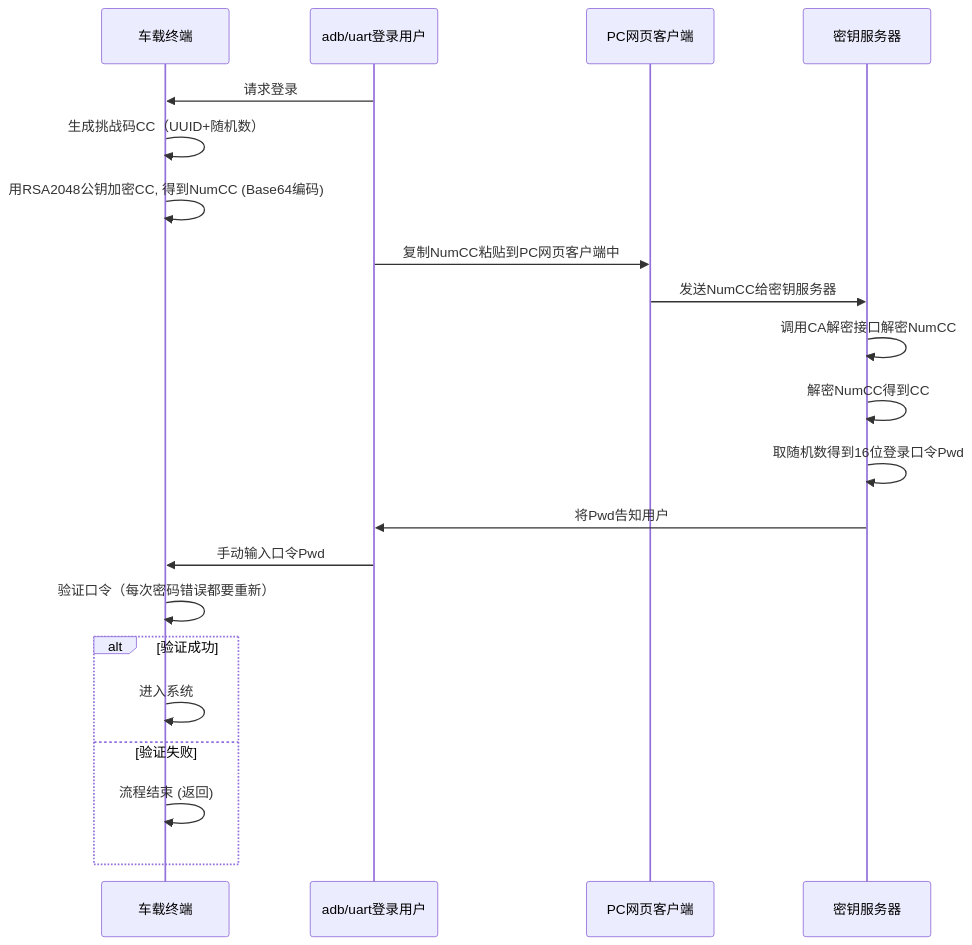
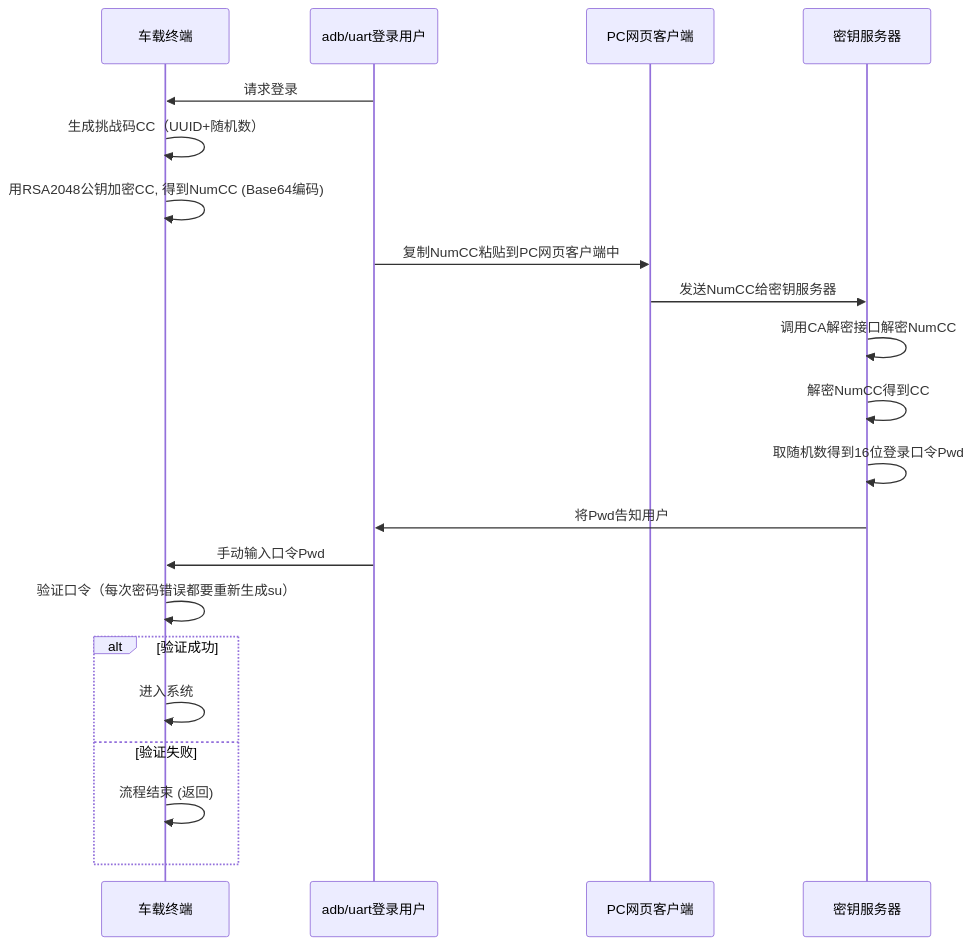
One commit to facebook-cloud/iodraw-files changed the diagram in all/未命名-16.md. Above: the diagram before and after it, drawn with Mermaid.

Commit message:
2026-02-05 18:00:44 update

````diff
--- a/all/未命名-16.md
+++ b/all/未命名-16.md
@@ -1,27 +1,27 @@
 ```mermaid
 sequenceDiagram
     participant tbox as 车载终端
     participant user as adb/uart登录用户
     participant pc as PC网页客户端
     participant tech_center as 密钥服务器
   
 
     user->>tbox: 请求登录
     tbox->>tbox: 生成挑战码CC（UUID+随机数）
     tbox->>tbox: 用RSA2048公钥加密CC, 得到NumCC (Base64编码)
     user->>pc: 复制NumCC粘贴到PC网页客户端中
     pc->>tech_center: 发送NumCC给密钥服务器
     tech_center->>tech_center: 调用CA解密接口解密NumCC
     tech_center->>tech_center: 解密NumCC得到CC
     tech_center->>tech_center: 取随机数得到16位登录口令Pwd
     tech_center->>user: 将Pwd告知用户
     user->>tbox: 手动输入口令Pwd
-    tbox->>tbox: 验证口令（每次密码错误都要重新）
+    tbox->>tbox: 验证口令（每次密码错误都要重新生成su）
     alt 验证成功
         tbox->>tbox: 进入系统
     else 验证失败
         tbox->>tbox: 流程结束 (返回)
     end
 
 
 ```
````
